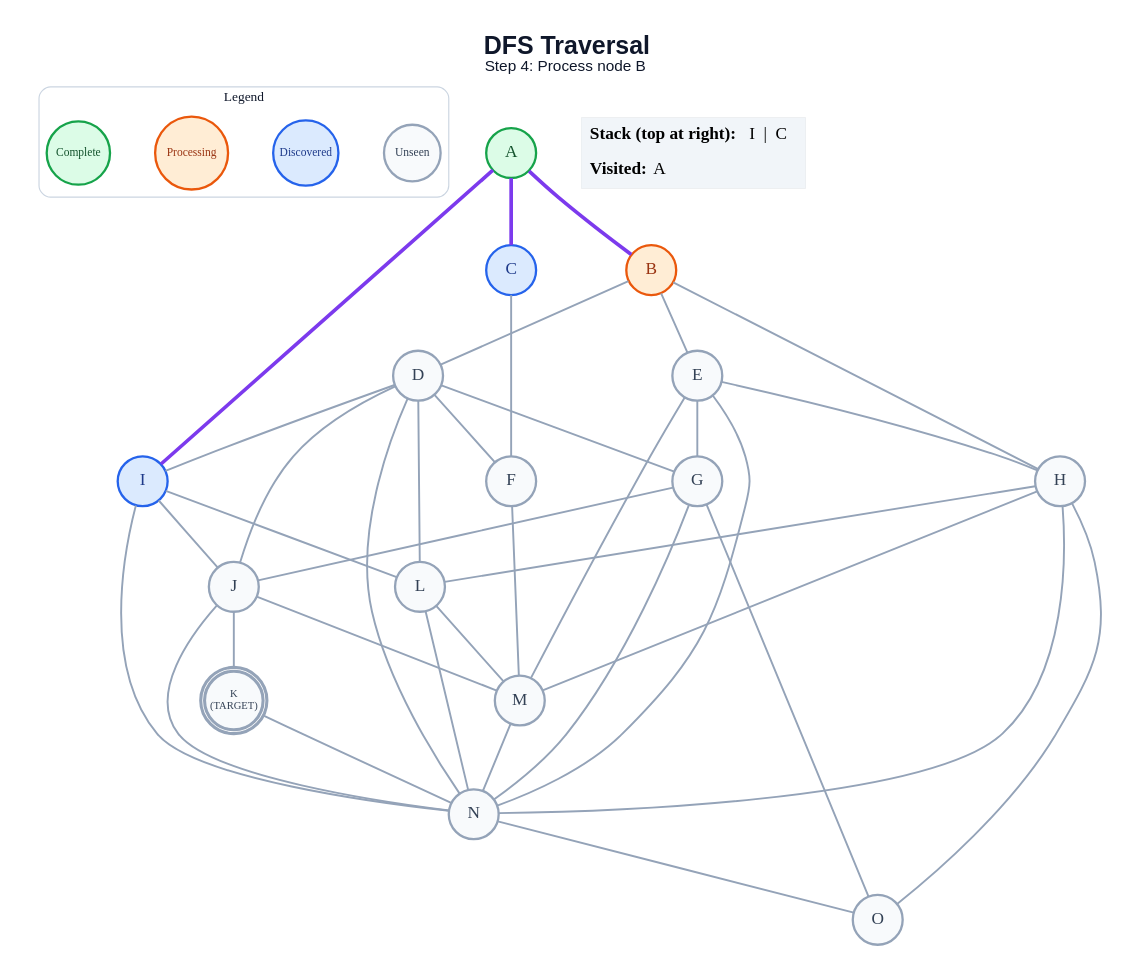
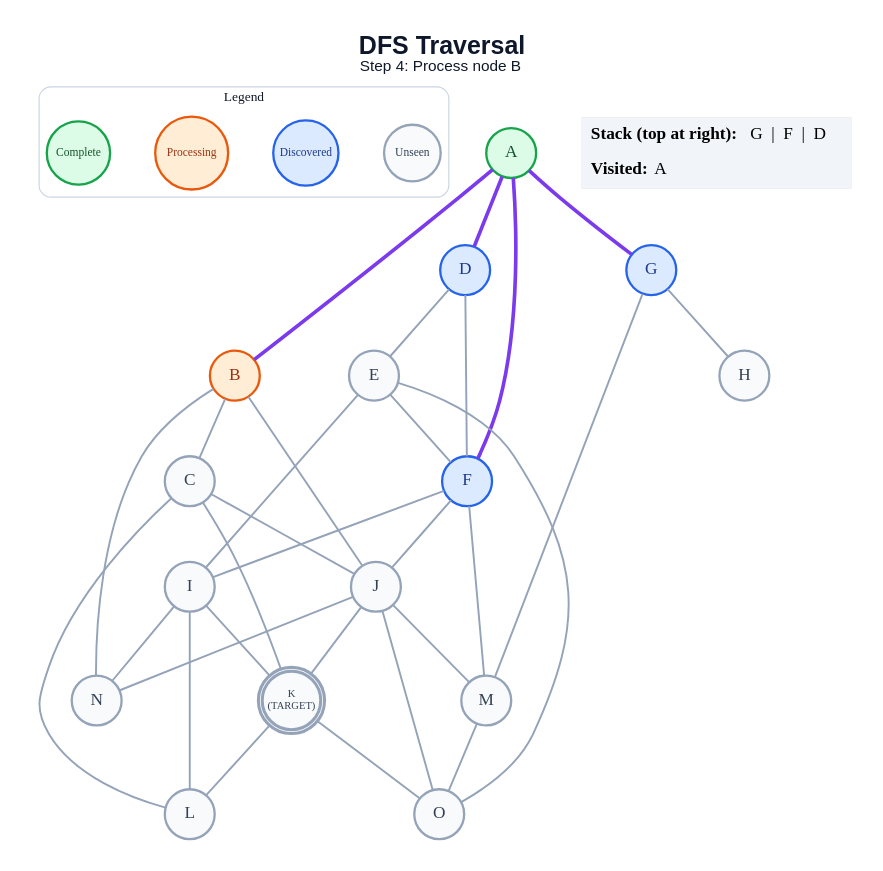
The diagram in generated/specific-node/dfs/step_04.dot (anon7238593-create/ai-slop), drawn with Graphviz before and after one commit. The commit also changed 301 other files, not shown here.

```diff
--- a/generated/specific-node/dfs/step_04.dot
+++ b/generated/specific-node/dfs/step_04.dot
@@ -1,70 +1,64 @@
 graph traversal {
   graph [layout=dot, rankdir=TB, bgcolor="#FFFFFF", pad="0.35", nodesep="0.65", ranksep="0.8", fontname="Arial"];
   node [shape=circle, style="filled", fontname="Arial Bold", fontsize=18, width=0.72, fixedsize=true, penwidth=2.4];
   edge [color="#94A3B8", penwidth=2.0];
   label=<<B>DFS Traversal</B><BR/><FONT POINT-SIZE="16">Step 4: Process node B</FONT>>; labelloc="t"; fontsize=26; fontname="Arial"; fontcolor="#0F172A";
   subgraph cluster_legend { label="Legend"; color="#CBD5E1"; penwidth=1.2; style="rounded"; fontsize=14; fontname="Arial Bold";
     key_unseen [label="Unseen", fillcolor="#F8FAFC", color="#94A3B8", fontcolor="#334155", fontsize=12, width=0.82];
     key_frontier [label="Discovered", fillcolor="#DBEAFE", color="#2563EB", fontcolor="#1E3A8A", fontsize=12, width=0.95];
     key_current [label="Processing", fillcolor="#FFEDD5", color="#EA580C", fontcolor="#9A3412", fontsize=12, width=1.05];
     key_done [label="Complete", fillcolor="#DCFCE7", color="#16A34A", fontcolor="#14532D", fontsize=12, width=0.92];
     { rank=same; key_unseen; key_frontier; key_current; key_done; }
   }
   A [label="A", fillcolor="#DCFCE7", color="#16A34A", fontcolor="#14532D", peripheries=1, penwidth=2.4];
   B [label="B", fillcolor="#FFEDD5", color="#EA580C", fontcolor="#9A3412", peripheries=1, penwidth=2.4];
-  C [label="C", fillcolor="#DBEAFE", color="#2563EB", fontcolor="#1E3A8A", peripheries=1, penwidth=2.4];
-  D [label="D", fillcolor="#F8FAFC", color="#94A3B8", fontcolor="#334155", peripheries=1, penwidth=2.4];
+  C [label="C", fillcolor="#F8FAFC", color="#94A3B8", fontcolor="#334155", peripheries=1, penwidth=2.4];
+  D [label="D", fillcolor="#DBEAFE", color="#2563EB", fontcolor="#1E3A8A", peripheries=1, penwidth=2.4];
   E [label="E", fillcolor="#F8FAFC", color="#94A3B8", fontcolor="#334155", peripheries=1, penwidth=2.4];
-  F [label="F", fillcolor="#F8FAFC", color="#94A3B8", fontcolor="#334155", peripheries=1, penwidth=2.4];
-  G [label="G", fillcolor="#F8FAFC", color="#94A3B8", fontcolor="#334155", peripheries=1, penwidth=2.4];
+  F [label="F", fillcolor="#DBEAFE", color="#2563EB", fontcolor="#1E3A8A", peripheries=1, penwidth=2.4];
+  G [label="G", fillcolor="#DBEAFE", color="#2563EB", fontcolor="#1E3A8A", peripheries=1, penwidth=2.4];
   H [label="H", fillcolor="#F8FAFC", color="#94A3B8", fontcolor="#334155", peripheries=1, penwidth=2.4];
-  I [label="I", fillcolor="#DBEAFE", color="#2563EB", fontcolor="#1E3A8A", peripheries=1, penwidth=2.4];
+  I [label="I", fillcolor="#F8FAFC", color="#94A3B8", fontcolor="#334155", peripheries=1, penwidth=2.4];
   J [label="J", fillcolor="#F8FAFC", color="#94A3B8", fontcolor="#334155", peripheries=1, penwidth=2.4];
   K [label="K\n(TARGET)", fillcolor="#F8FAFC", color="#94A3B8", fontcolor="#334155", peripheries=2, penwidth=3.2, fontsize=11, width=0.85, height=0.85];
   L [label="L", fillcolor="#F8FAFC", color="#94A3B8", fontcolor="#334155", peripheries=1, penwidth=2.4];
   M [label="M", fillcolor="#F8FAFC", color="#94A3B8", fontcolor="#334155", peripheries=1, penwidth=2.4];
   N [label="N", fillcolor="#F8FAFC", color="#94A3B8", fontcolor="#334155", peripheries=1, penwidth=2.4];
   O [label="O", fillcolor="#F8FAFC", color="#94A3B8", fontcolor="#334155", peripheries=1, penwidth=2.4];
   A -- B [color="#7C3AED", penwidth=3.8];
-  A -- C [color="#7C3AED", penwidth=3.8];
-  A -- I [color="#7C3AED", penwidth=3.8];
-  B -- D;
-  B -- E;
-  B -- H;
-  C -- F;
+  A -- D [color="#7C3AED", penwidth=3.8];
+  A -- F [color="#7C3AED", penwidth=3.8];
+  A -- G [color="#7C3AED", penwidth=3.8];
+  B -- C;
+  B -- J;
+  B -- N;
+  C -- J;
+  C -- K;
+  C -- L;
+  D -- E;
   D -- F;
-  D -- G;
-  D -- I;
-  D -- J;
-  D -- L;
-  D -- N;
-  E -- G;
-  E -- H;
-  E -- M;
-  E -- N;
+  E -- F;
+  E -- I;
+  E -- O;
+  F -- I;
+  F -- J;
   F -- M;
-  G -- J;
-  G -- N;
-  G -- O;
-  H -- L;
-  H -- M;
-  H -- N;
-  H -- O;
-  I -- J;
+  G -- H;
+  G -- M;
+  I -- K;
   I -- L;
   I -- N;
   J -- K;
   J -- M;
   J -- N;
-  K -- N;
-  L -- M;
-  L -- N;
-  M -- N;
-  N -- O;
+  J -- O;
+  K -- L;
+  K -- O;
+  M -- O;
   status [shape=plain, fixedsize=false, width=0, height=0, margin=0, label=<
     <TABLE BORDER="0" CELLBORDER="0" CELLPADDING="7" BGCOLOR="#F1F5F9">
-      <TR><TD ALIGN="LEFT"><B>Stack (top at right):</B> I  |  C</TD></TR>
+      <TR><TD ALIGN="LEFT"><B>Stack (top at right):</B> G  |  F  |  D</TD></TR>
       <TR><TD ALIGN="LEFT"><B>Visited:</B> A</TD></TR>
     </TABLE>
   >];
 }
```
